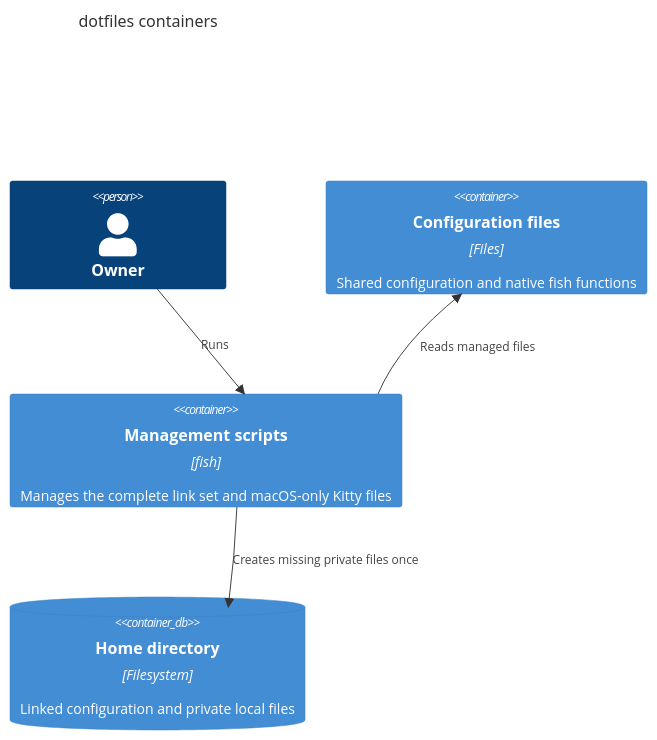
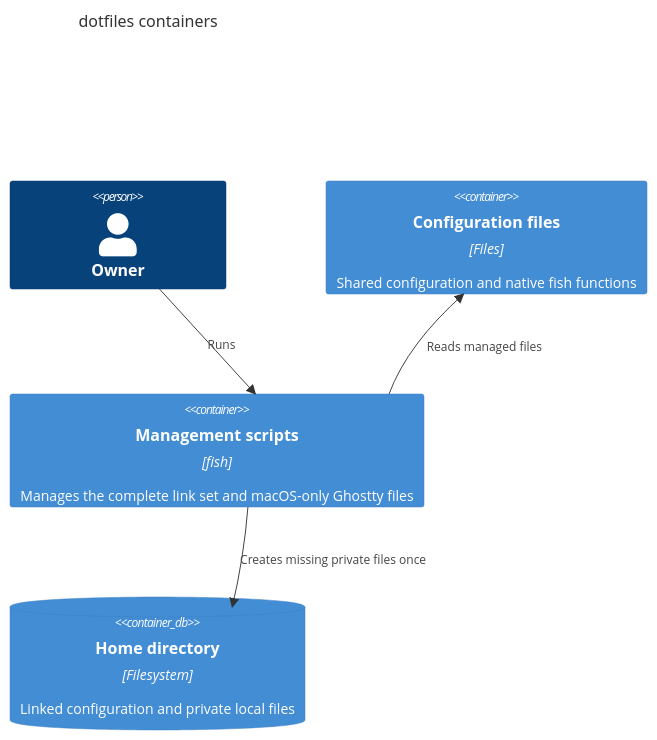
The diagram in docs/architecture/container.md (qi7876/dotfiles), drawn with Mermaid before and after one commit. The commit also changed other lines of this file and 8 other files, not shown here.

First line of the commit message:
terminal: replace kitty with existing ghostty configuration (#10)

````diff
--- a/docs/architecture/container.md
+++ b/docs/architecture/container.md
@@ -3,13 +3,13 @@
 ```mermaid
 C4Container
     title dotfiles containers
     Person(owner, "Owner")
     Container(repo, "Configuration files", "Files", "Shared configuration and native fish functions")
-    Container(scripts, "Management scripts", "fish", "Manages the complete link set and macOS-only Kitty files")
+    Container(scripts, "Management scripts", "fish", "Manages the complete link set and macOS-only Ghostty files")
     ContainerDb(home, "Home directory", "Filesystem", "Linked configuration and private local files")
 
     Rel(owner, scripts, "Runs")
     Rel(scripts, repo, "Reads managed files")
     Rel(scripts, home, "Creates directories and file links")
     Rel(scripts, home, "Creates missing private files once")
 ```
````
